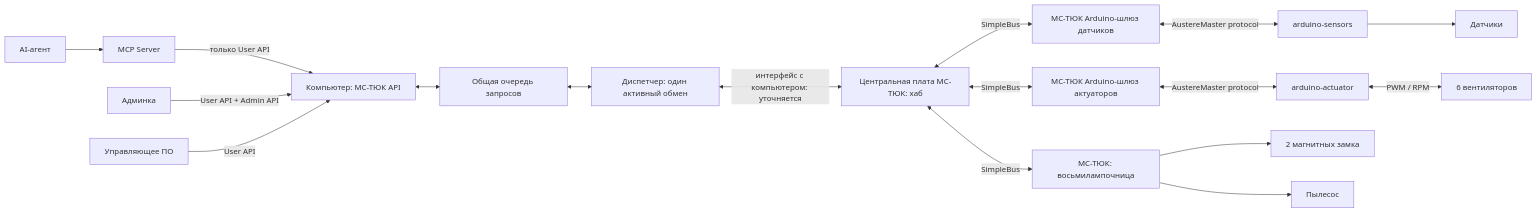
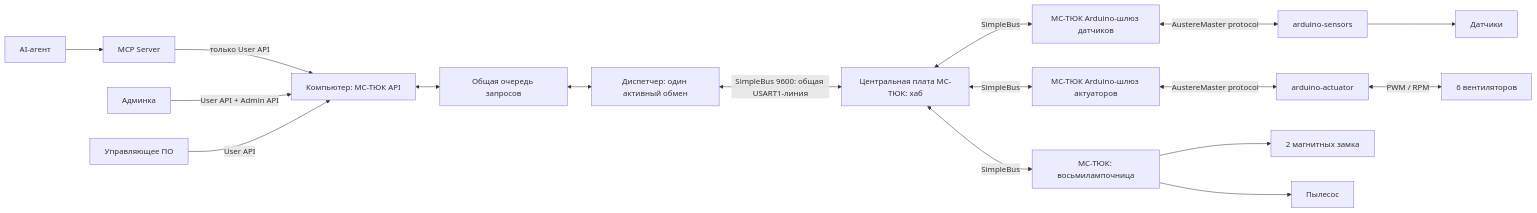
The first of 2 diagrams in docs/HARDWARE-API-ARCHITECTURE.md (polyus-nt/mki-server), drawn with Mermaid before and after one commit. The commit also changed other lines of this file and 16 other files, not shown here.

````diff
--- a/docs/HARDWARE-API-ARCHITECTURE.md
+++ b/docs/HARDWARE-API-ARCHITECTURE.md
@@ -19,19 +19,19 @@
 ```mermaid
 flowchart LR
     Agent["AI-агент"] --> MCP["MCP Server"]
     MCP -->|"только User API"| API["Компьютер: МС-ТЮК API"]
     Admin["Админка"] -->|"User API + Admin API"| API
     Controller["Управляющее ПО"] -->|"User API"| API
     API <--> Queue["Общая очередь запросов"]
     Queue <--> Transport["Диспетчер: один активный обмен"]
-    Transport <-->|"интерфейс с компьютером: уточняется"| Hub["Центральная плата МС-ТЮК: хаб"]
+    Transport <-->|"SimpleBus 9600: общая USART1-линия"| Hub["Центральная плата МС-ТЮК: хаб"]
     Hub <-->|SimpleBus| GWS["МС-ТЮК Arduino-шлюз датчиков"]
     Hub <-->|SimpleBus| GWA["МС-ТЮК Arduino-шлюз актуаторов"]
     GWS <-->|"AustereMaster protocol"| Sensors["arduino-sensors"]
     GWA <-->|"AustereMaster protocol"| Actuator["arduino-actuator"]
     Sensors --> HWs["Датчики"]
     Actuator <-->|"PWM / RPM"| Fans["6 вентиляторов"]
     Hub <-->|SimpleBus| Eight["МС-ТЮК: восьмилампочница"]
     Eight --> Lock["2 магнитных замка"]
     Eight --> Vacuum["Пылесос"]
 ```
````
